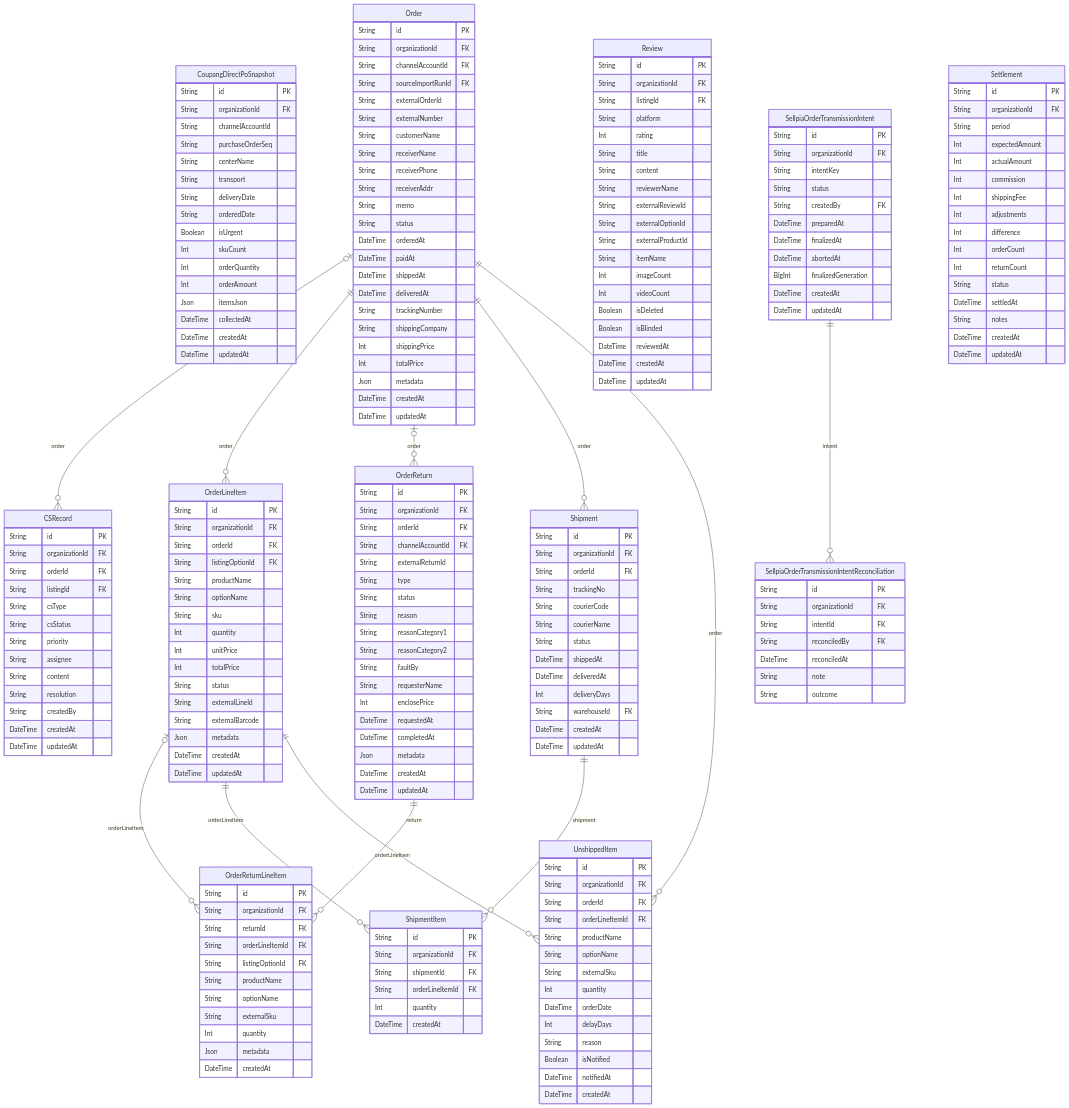
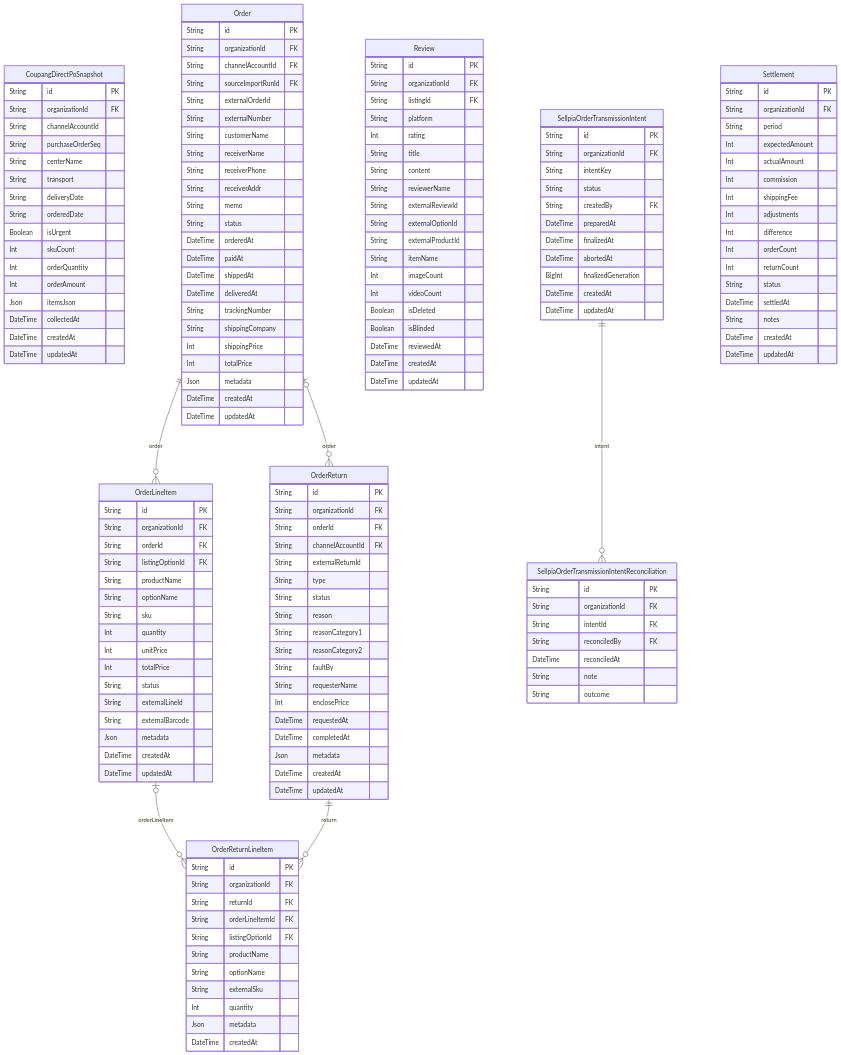
Before and after one commit to AgentFoundry-Labs/kiditem: the diagram in docs/erd/orders.md, drawn with Mermaid. The commit also changed other lines of this file and 15 other files, not shown here.

````diff
--- a/docs/erd/orders.md
+++ b/docs/erd/orders.md
@@ -42,21 +38,6 @@
     Int orderAmount
     Json itemsJson
     DateTime collectedAt
-    DateTime createdAt
-    DateTime updatedAt
-  }
-  CSRecord {
-    String id PK
-    String organizationId FK
-    String orderId FK
-    String listingId FK
-    String csType
-    String csStatus
-    String priority
-    String assignee
-    String content
-    String resolution
-    String createdBy
     DateTime createdAt
     DateTime updatedAt
   }
@@ -197,54 +178,9 @@
     DateTime createdAt
     DateTime updatedAt
   }
-  Shipment {
-    String id PK
-    String organizationId FK
-    String orderId FK
-    String trackingNo
-    String courierCode
-    String courierName
-    String status
-    DateTime shippedAt
-    DateTime deliveredAt
-    Int deliveryDays
-    String warehouseId FK
-    DateTime createdAt
-    DateTime updatedAt
-  }
-  ShipmentItem {
-    String id PK
-    String organizationId FK
-    String shipmentId FK
-    String orderLineItemId FK
-    Int quantity
-    DateTime createdAt
-  }
-  UnshippedItem {
-    String id PK
-    String organizationId FK
-    String orderId FK
-    String orderLineItemId FK
-    String productName
-    String optionName
-    String externalSku
-    Int quantity
-    DateTime orderDate
-    Int delayDays
-    String reason
-    Boolean isNotified
-    DateTime notifiedAt
-    DateTime createdAt
-  }
-  Order o|--o{ CSRecord : "order"
   Order ||--o{ OrderLineItem : "order"
   Order o|--o{ OrderReturn : "order"
-  Order ||--o{ Shipment : "order"
-  Order ||--o{ UnshippedItem : "order"
   OrderLineItem o|--o{ OrderReturnLineItem : "orderLineItem"
-  OrderLineItem ||--o{ ShipmentItem : "orderLineItem"
-  OrderLineItem ||--o{ UnshippedItem : "orderLineItem"
   OrderReturn ||--o{ OrderReturnLineItem : "return"
   SellpiaOrderTransmissionIntent ||--o{ SellpiaOrderTransmissionIntentReconciliation : "intent"
-  Shipment ||--o{ ShipmentItem : "shipment"
 ```
````
